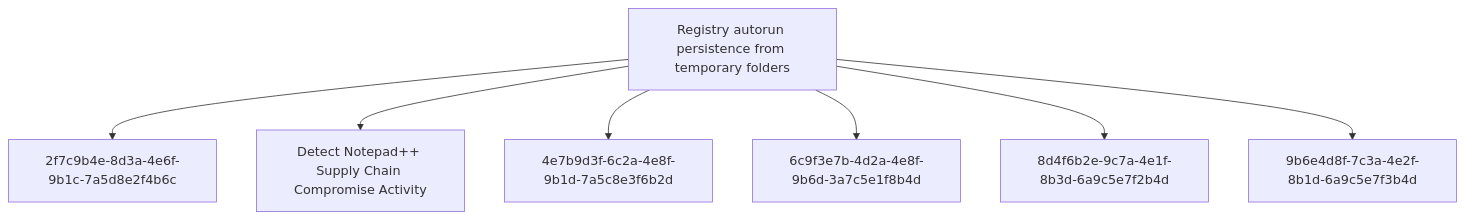
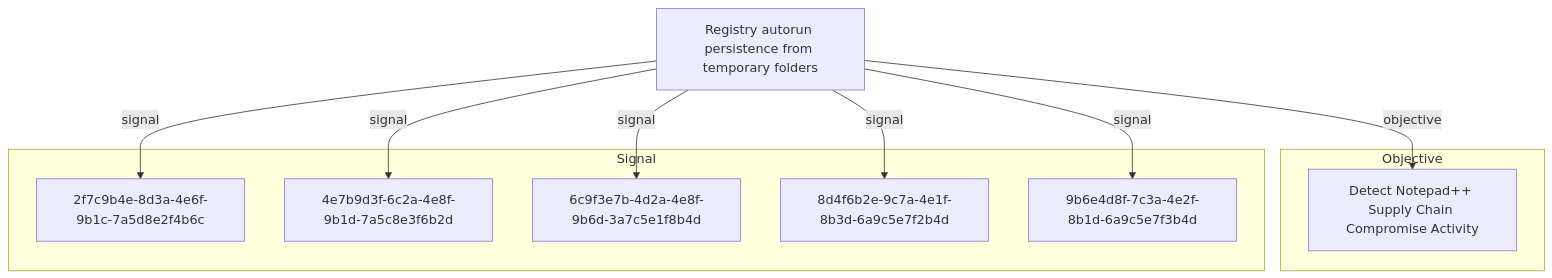
Before and after one commit to opentidehq/library: the second of 2 diagrams in docs/threats/registry-autorun-persistence-from-temporary-folders.md, drawn with Mermaid. The commit also changed other lines of this file and 277 other files, not shown here.

````diff
--- a/docs/threats/registry-autorun-persistence-from-temporary-folders.md
+++ b/docs/threats/registry-autorun-persistence-from-temporary-folders.md
@@ -268,16 +309,20 @@
 ```mermaid
 flowchart TB
-55eaa437_5a25_4c29_b1fc_9c0fba4a18ad["Registry autorun persistence from temporary folders"]
+subgraph "Objective"
+3e8b5d7f_9c2a_4f6e_8b1d_7a4c9e3f6b2d["Detect Notepad++ Supply Chain Compromise Activity"]
+end
+subgraph "Signal"
 2f7c9b4e_8d3a_4e6f_9b1c_7a5d8e2f4b6c["2f7c9b4e-8d3a-4e6f-9b1c-7a5d8e2f4b6c"]
-3e8b5d7f_9c2a_4f6e_8b1d_7a4c9e3f6b2d["Detect Notepad++ Supply Chain Compromise Activity"]
 4e7b9d3f_6c2a_4e8f_9b1d_7a5c8e3f6b2d["4e7b9d3f-6c2a-4e8f-9b1d-7a5c8e3f6b2d"]
 6c9f3e7b_4d2a_4e8f_9b6d_3a7c5e1f8b4d["6c9f3e7b-4d2a-4e8f-9b6d-3a7c5e1f8b4d"]
 8d4f6b2e_9c7a_4e1f_8b3d_6a9c5e7f2b4d["8d4f6b2e-9c7a-4e1f-8b3d-6a9c5e7f2b4d"]
 9b6e4d8f_7c3a_4e2f_8b1d_6a9c5e7f3b4d["9b6e4d8f-7c3a-4e2f-8b1d-6a9c5e7f3b4d"]
-55eaa437_5a25_4c29_b1fc_9c0fba4a18ad --> 2f7c9b4e_8d3a_4e6f_9b1c_7a5d8e2f4b6c
-55eaa437_5a25_4c29_b1fc_9c0fba4a18ad --> 3e8b5d7f_9c2a_4f6e_8b1d_7a4c9e3f6b2d
-55eaa437_5a25_4c29_b1fc_9c0fba4a18ad --> 4e7b9d3f_6c2a_4e8f_9b1d_7a5c8e3f6b2d
-55eaa437_5a25_4c29_b1fc_9c0fba4a18ad --> 6c9f3e7b_4d2a_4e8f_9b6d_3a7c5e1f8b4d
-55eaa437_5a25_4c29_b1fc_9c0fba4a18ad --> 8d4f6b2e_9c7a_4e1f_8b3d_6a9c5e7f2b4d
-55eaa437_5a25_4c29_b1fc_9c0fba4a18ad --> 9b6e4d8f_7c3a_4e2f_8b1d_6a9c5e7f3b4d
+end
+55eaa437_5a25_4c29_b1fc_9c0fba4a18ad["Registry autorun persistence from temporary folders"]
+55eaa437_5a25_4c29_b1fc_9c0fba4a18ad -->|objective| 3e8b5d7f_9c2a_4f6e_8b1d_7a4c9e3f6b2d
+55eaa437_5a25_4c29_b1fc_9c0fba4a18ad -->|signal| 2f7c9b4e_8d3a_4e6f_9b1c_7a5d8e2f4b6c
+55eaa437_5a25_4c29_b1fc_9c0fba4a18ad -->|signal| 4e7b9d3f_6c2a_4e8f_9b1d_7a5c8e3f6b2d
+55eaa437_5a25_4c29_b1fc_9c0fba4a18ad -->|signal| 6c9f3e7b_4d2a_4e8f_9b6d_3a7c5e1f8b4d
+55eaa437_5a25_4c29_b1fc_9c0fba4a18ad -->|signal| 8d4f6b2e_9c7a_4e1f_8b3d_6a9c5e7f2b4d
+55eaa437_5a25_4c29_b1fc_9c0fba4a18ad -->|signal| 9b6e4d8f_7c3a_4e2f_8b1d_6a9c5e7f3b4d
 ```
````
